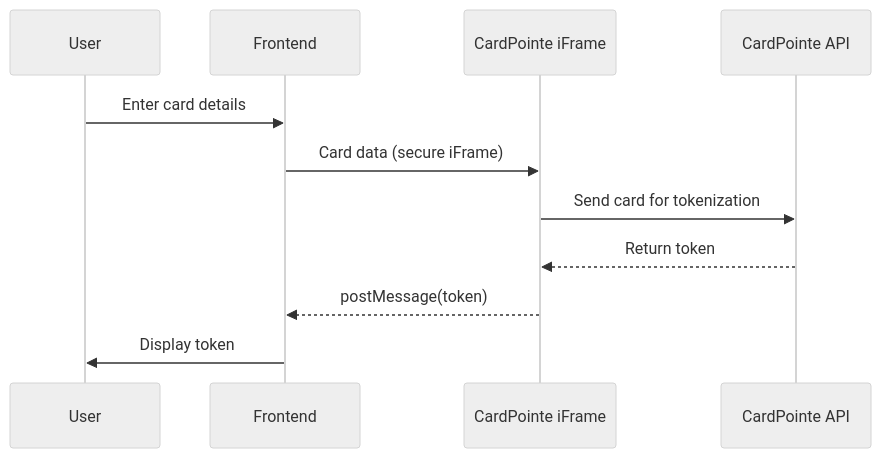
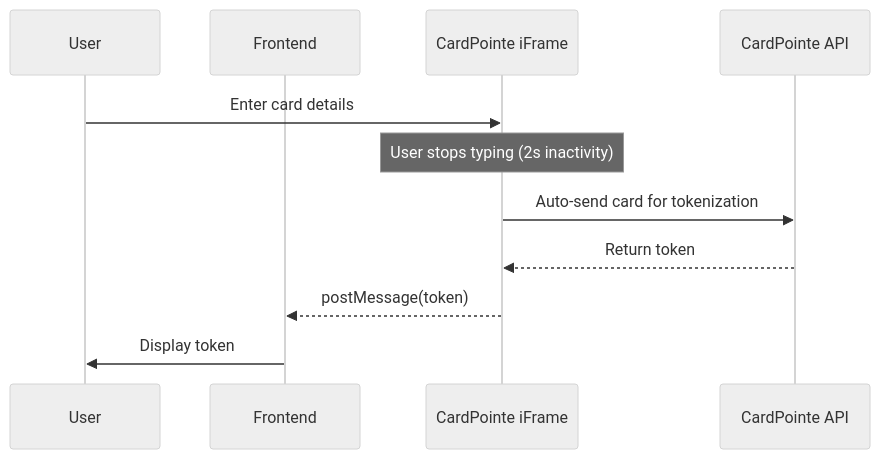
The first of 2 diagrams in README.md (yaiechnyk-oleh/cardpointe-poc), drawn with Mermaid (neutral theme) before and after one commit. The commit also changed other lines of this file and 1 other file, not shown here.

Commit message:
feat: Implement automatic tokenization in the frontend by removing the manual button and enhancing result display for validation events.

````diff
--- a/README.md
+++ b/README.md
@@ -140,14 +141,14 @@
 ```mermaid
 sequenceDiagram
     participant User
     participant Frontend
     participant CardPointe iFrame
     participant CardPointe API
     
-    User->>Frontend: Enter card details
-    Frontend->>CardPointe iFrame: Card data (secure iFrame)
-    CardPointe iFrame->>CardPointe API: Send card for tokenization
+    User->>CardPointe iFrame: Enter card details
+    Note over CardPointe iFrame: User stops typing (2s inactivity)
+    CardPointe iFrame->>CardPointe API: Auto-send card for tokenization
     CardPointe API-->>CardPointe iFrame: Return token
     CardPointe iFrame-->>Frontend: postMessage(token)
     Frontend->>User: Display token
 ```
````
